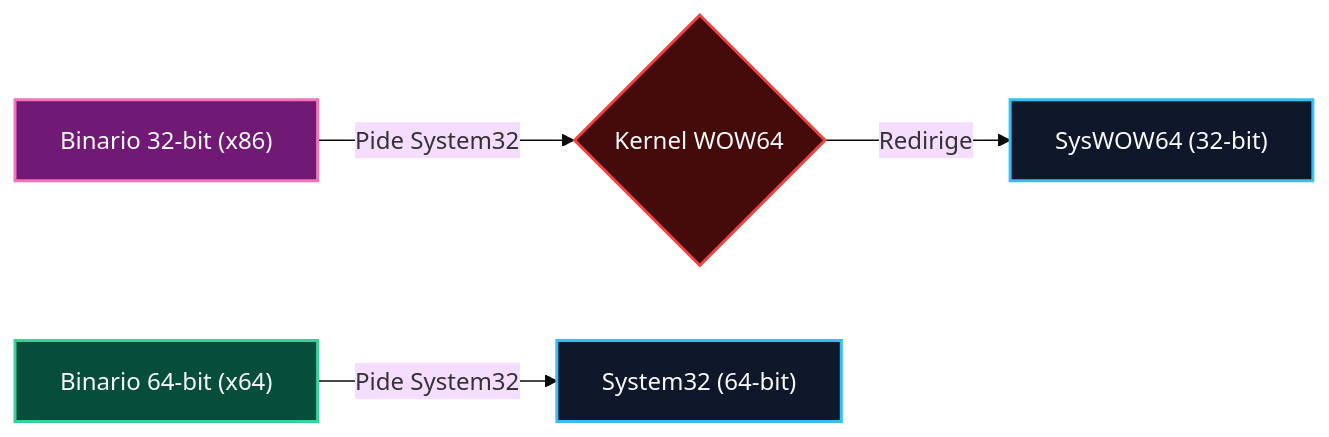
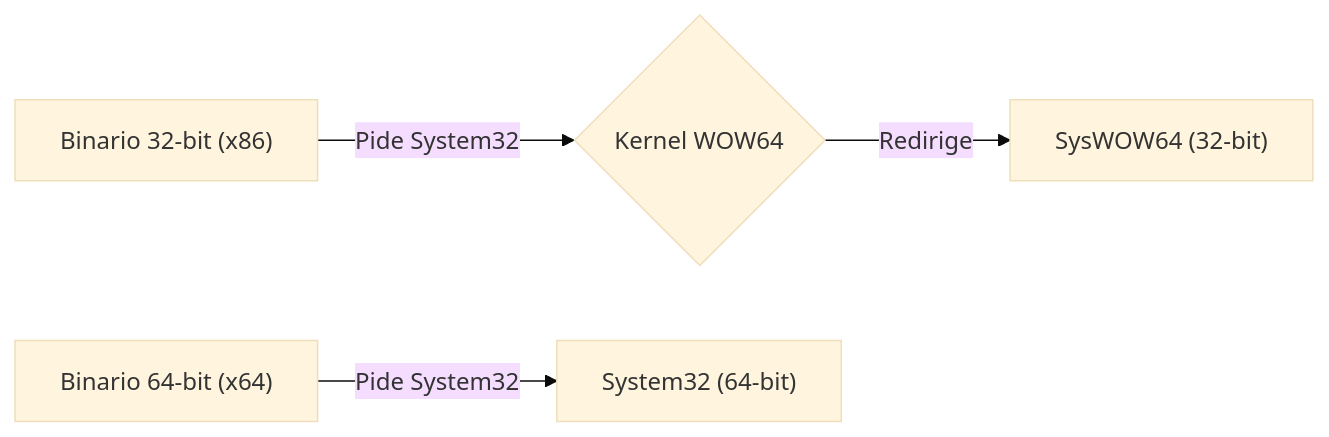
The fifth of 7 diagrams in malware-analysis/01-arquitectura-windows-directorios-y-permisos/README.md (purpesec/Cybersecurity-For-Beginners), drawn with Mermaid (base theme) before and after one commit. The commit also changed other lines of this file and 4 other files, not shown here.

Commit message:
style: remover classDef y colores personalizados para usar estilo nativo estandar de Mermaid

````diff
--- a/malware-analysis/01-arquitectura-windows-directorios-y-permisos/README.md
+++ b/malware-analysis/01-arquitectura-windows-directorios-y-permisos/README.md
@@ -171,11 +159,6 @@
 ```mermaid
 flowchart LR
-    classDef p32 fill:#701a75,stroke:#f472b6,stroke-width:2px,color:#f8fafc;
-    classDef p64 fill:#064e3b,stroke:#34d399,stroke-width:2px,color:#f8fafc;
-    classDef red fill:#450a0a,stroke:#ef4444,stroke-width:2px,color:#f8fafc;
-    classDef dir fill:#0f172a,stroke:#38bdf8,stroke-width:2px,color:#f8fafc;
-
-    M32["Binario 32-bit (x86)"]:::p32 -->|"Pide System32"| WOW{"Kernel WOW64"}:::red
-    WOW -->|Redirige| SW["SysWOW64 (32-bit)"]:::dir
-    M64["Binario 64-bit (x64)"]:::p64 -->|"Pide System32"| S32["System32 (64-bit)"]:::dir
+    M32["Binario 32-bit (x86)"] -->|"Pide System32"| WOW{"Kernel WOW64"}
+    WOW -->|Redirige| SW["SysWOW64 (32-bit)"]
+    M64["Binario 64-bit (x64)"] -->|"Pide System32"| S32["System32 (64-bit)"]
 ```
````
